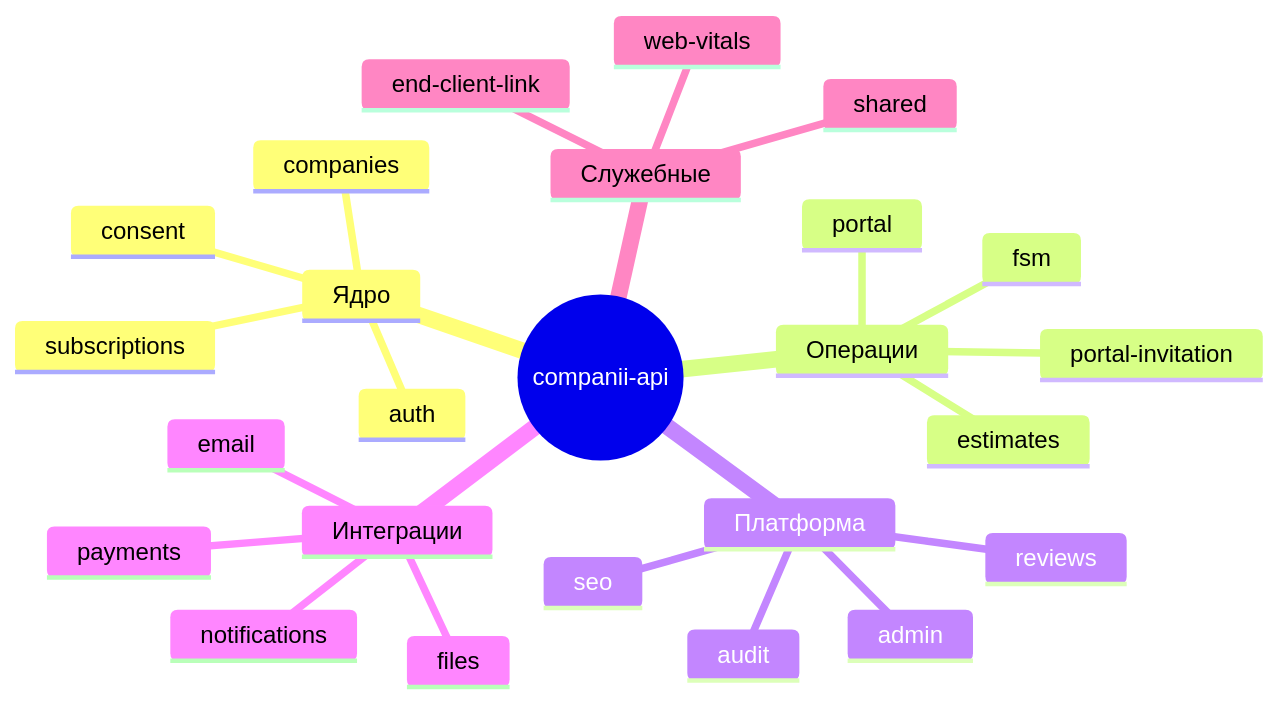
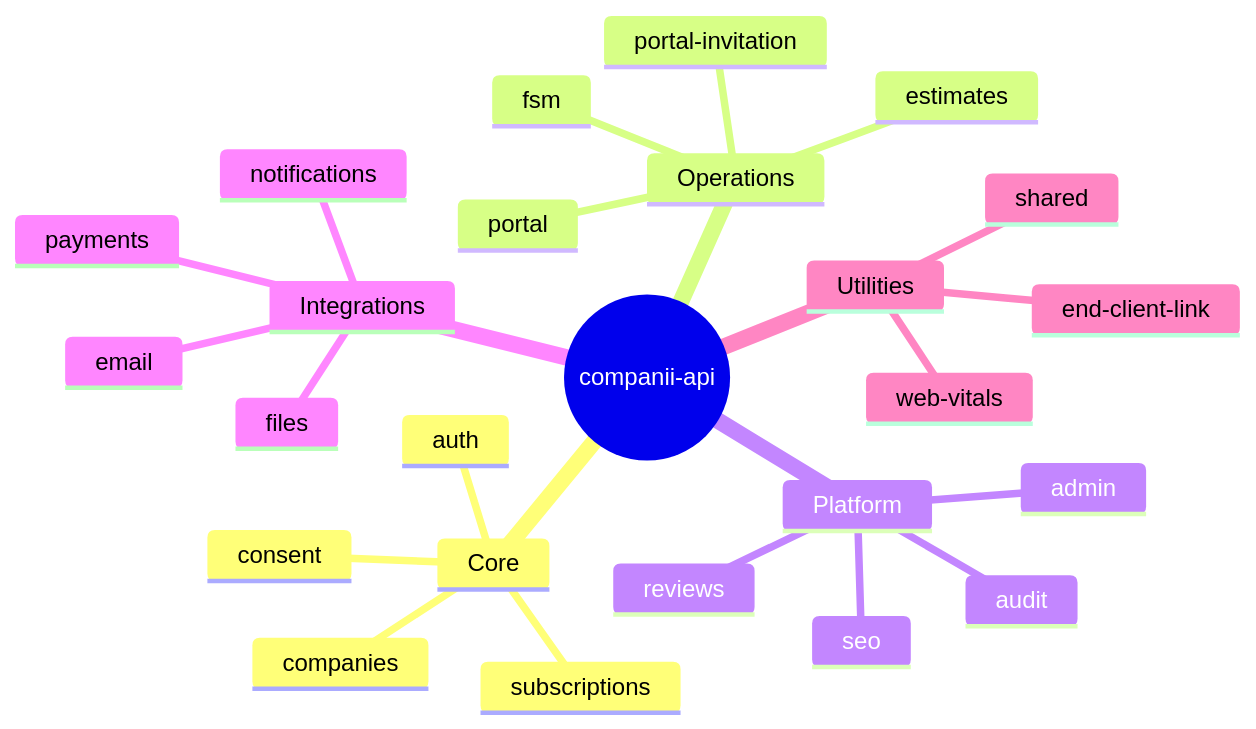
Before and after one commit to 1GoodCod1/companii-api: the fourth of 10 diagrams in README.md, drawn with Mermaid. The commit also changed other lines of this file and 1 other file, not shown here.

````diff
--- a/README.md
+++ b/README.md
@@ -147,28 +149,28 @@
 ```mermaid
 mindmap
   root((companii-api))
-    Ядро
+    Core
       auth
       companies
       subscriptions
       consent
-    Операции
+    Operations
       fsm
       estimates
       portal
       portal-invitation
-    Платформа
+    Platform
       admin
       audit
       reviews
       seo
-    Интеграции
+    Integrations
       payments
       files
       email
       notifications
-    Служебные
+    Utilities
       end-client-link
       web-vitals
       shared
 ```
````
